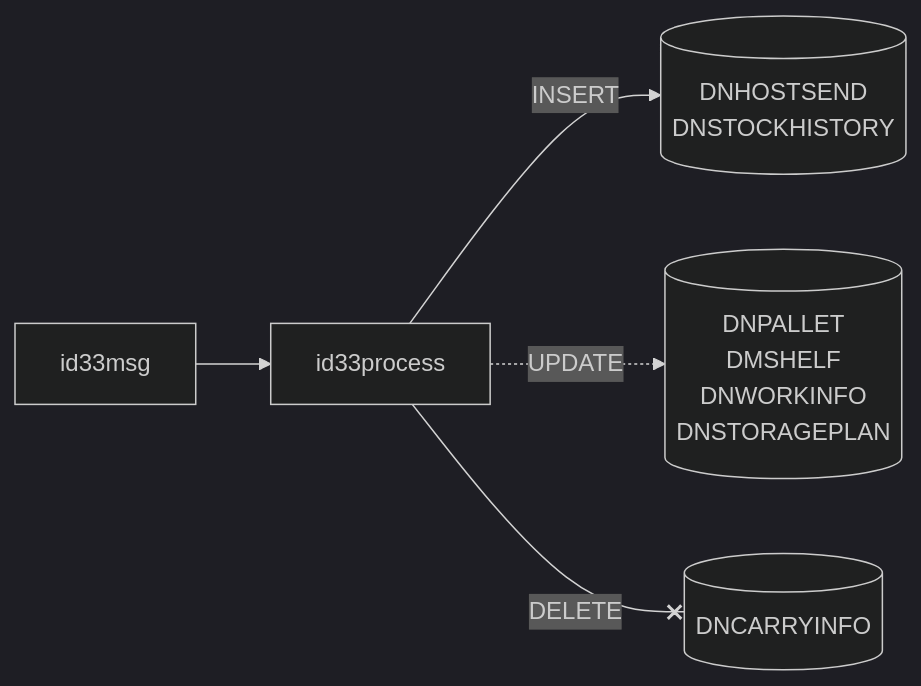
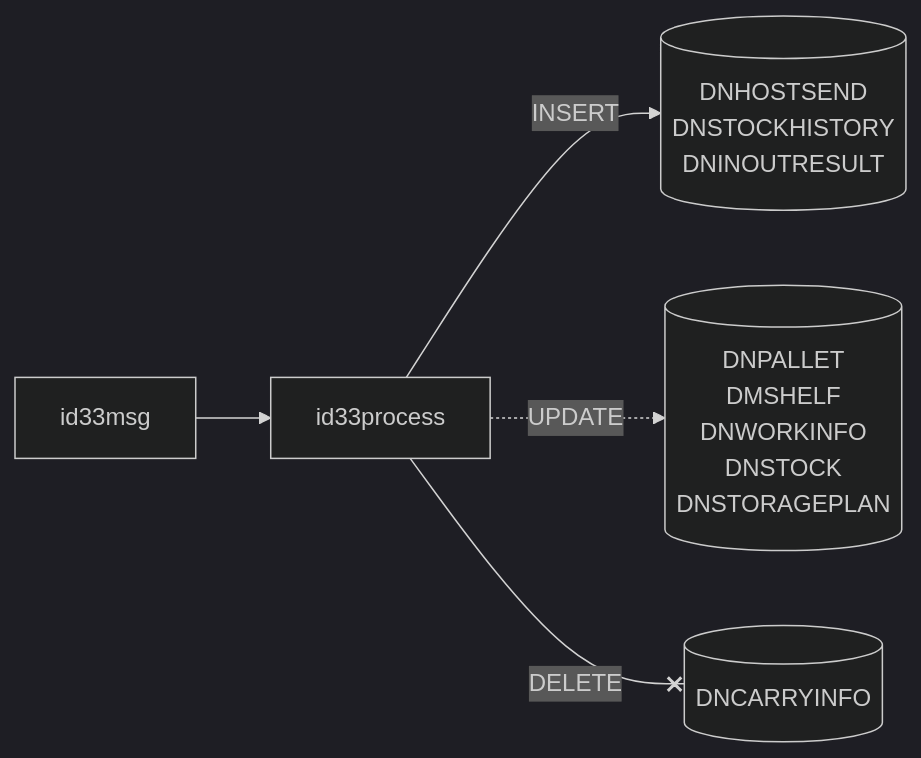
Before and after one commit to luthfiadityaa/SimeDarby-Wiki: the fifth of 5 diagrams in Basic-Design/DFD-WMS/Storage/Planned-Storage-Packaging-Material/Storage-Flow-(Packaging-Material).md, drawn with Mermaid (dark theme). The commit also changed other lines of this file, not shown here.

Commit message:
Updated Storage Flow (Packaging Material)

```diff
--- a/Basic-Design/DFD-WMS/Storage/Planned-Storage-Packaging-Material/Storage-Flow-(Packaging-Material).md
+++ b/Basic-Design/DFD-WMS/Storage/Planned-Storage-Packaging-Material/Storage-Flow-(Packaging-Material).md
@@ -214,21 +214,23 @@
 ::: mermaid
 flowchart LR
 id33-insert[("
 DNHOSTSEND
 DNSTOCKHISTORY
+DNINOUTRESULT
 ")]
 id33-update[("
 DNPALLET
 DMSHELF
 DNWORKINFO
+DNSTOCK
 DNSTORAGEPLAN
 ")]
 id33-delete[("
 DNCARRYINFO
 ")]
 
 id33msg-->id33process
 id33process--INSERT-->id33-insert
 id33process-.UPDATE.->id33-update
 id33process--DELETE--xid33-delete
 :::
```
